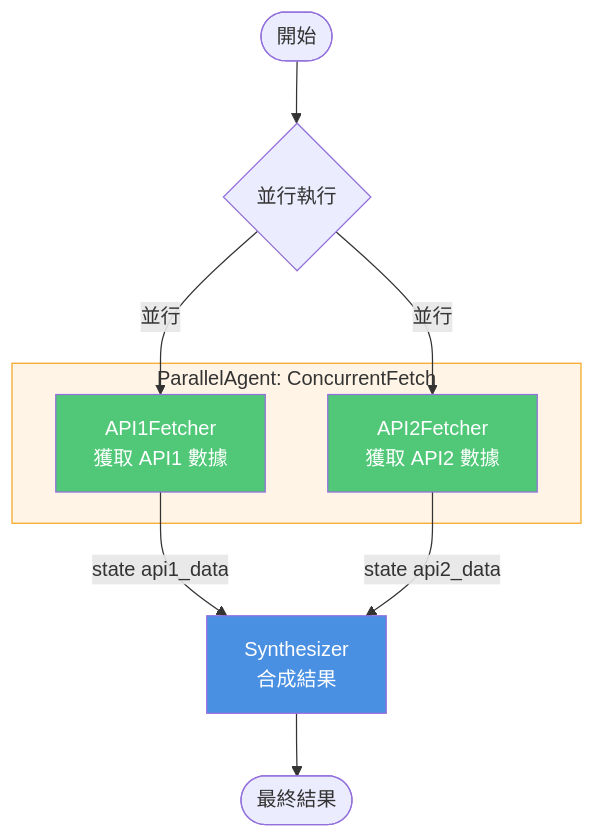
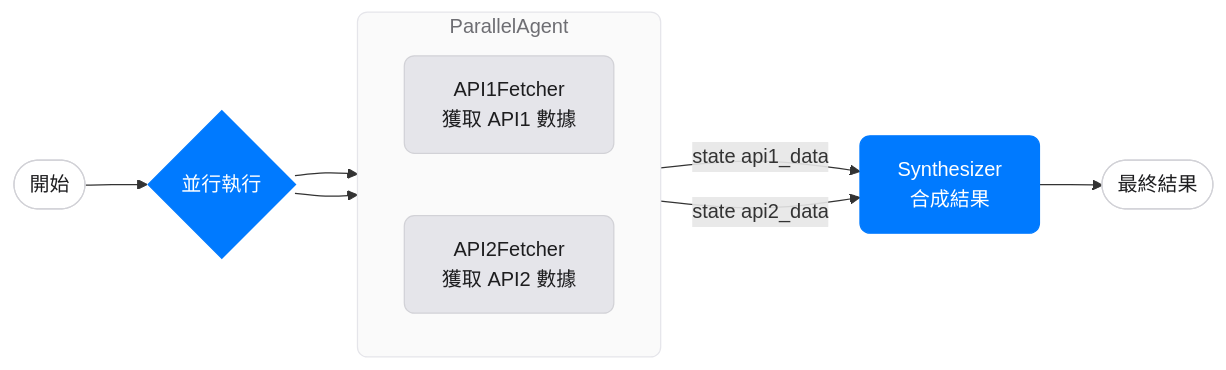
Before and after one commit to lastingyeh/google-adk-study: the third of 8 diagrams in workspace/adk-docs/agents/multi-agents_appendix.md, drawn with Mermaid. The commit also changed other lines of this file, not shown here.

Commit message:
更新 `multi-agents_appendix.md` Mermaid 流程圖樣式與結構

````diff
--- a/workspace/adk-docs/agents/multi-agents_appendix.md
+++ b/workspace/adk-docs/agents/multi-agents_appendix.md
@@ -69,22 +87,32 @@
 ```mermaid
-graph TB
+flowchart LR
+    %% Style Definitions
+    classDef default fill:#F5F5F7,stroke:#D2D2D7,color:#1D1D1F,rx:8,ry:8;
+    classDef primary fill:#007AFF,stroke:#007AFF,color:#FFFFFF,rx:8,ry:8;
+    classDef task fill:#E5E5EA,stroke:#D2D2D7,color:#1D1D1F,rx:8,ry:8;
+    classDef startEnd fill:#FFFFFF,stroke:#D2D2D7,color:#1D1D1F,rx:8,ry:8;
+    classDef group fill:#FAFAFA,stroke:#E5E5EA,color:#6E6E73,rx:8,ry:8;
+
+    %% Diagram
     Start([開始]) --> Parallel{並行執行}
 
-    Parallel -->|並行| API1[API1Fetcher<br/>獲取 API1 數據]
-    Parallel -->|並行| API2[API2Fetcher<br/>獲取 API2 數據]
+    subgraph ParallelAgent["ParallelAgent"]
+        direction LR
+        API1[API1Fetcher<br/>獲取 API1 數據]
+        API2[API2Fetcher<br/>獲取 API2 數據]
+    end
+
+    Parallel --> API1
+    Parallel --> API2
 
     API1 -->|state api1_data| Gather[Synthesizer<br/>合成結果]
     API2 -->|state api2_data| Gather
 
     Gather --> End([最終結果])
 
-    subgraph ParallelAgent["ParallelAgent: ConcurrentFetch"]
-        API1
-        API2
-    end
-
-    style API1 fill:#50C878,color:#fff
-    style API2 fill:#50C878,color:#fff
-    style Gather fill:#4A90E2,color:#fff
-    style ParallelAgent fill:#FFF4E6,stroke:#F5A623
+    %% Apply Styles
+    class Start,End startEnd;
+    class Parallel,Gather primary;
+    class API1,API2 task;
+    class ParallelAgent group;
 ```
````
